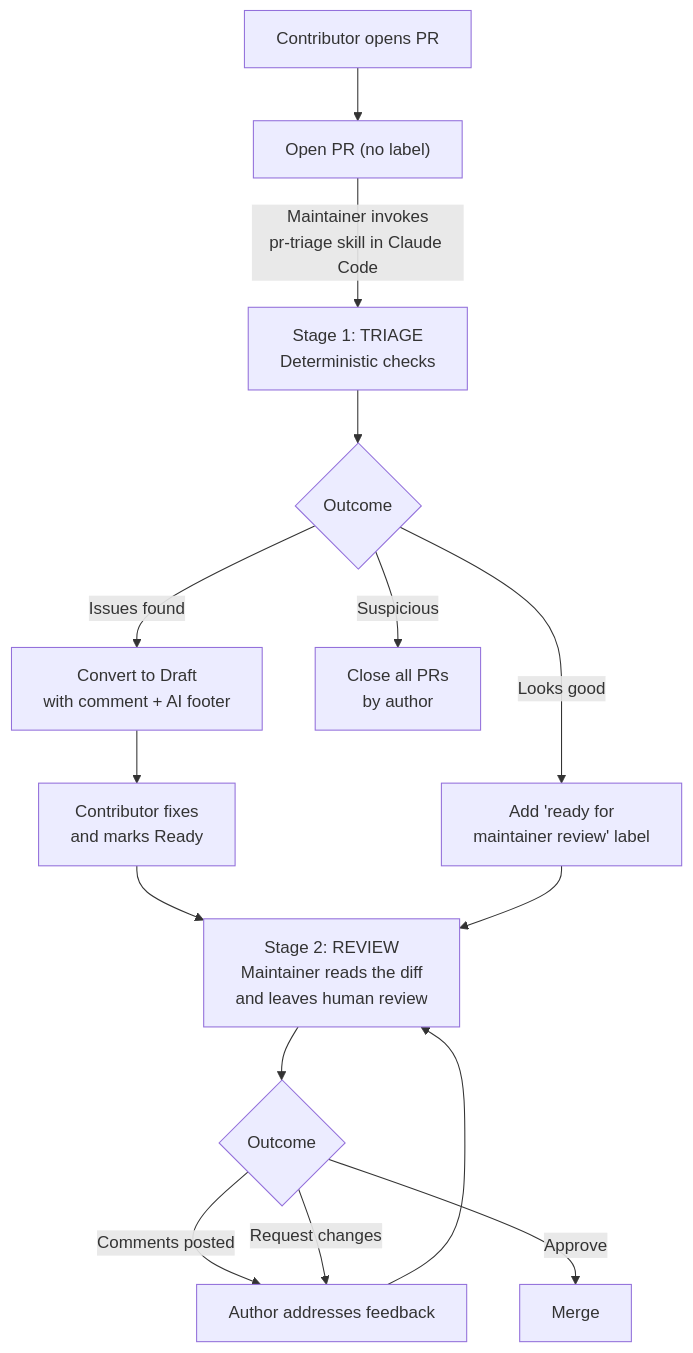
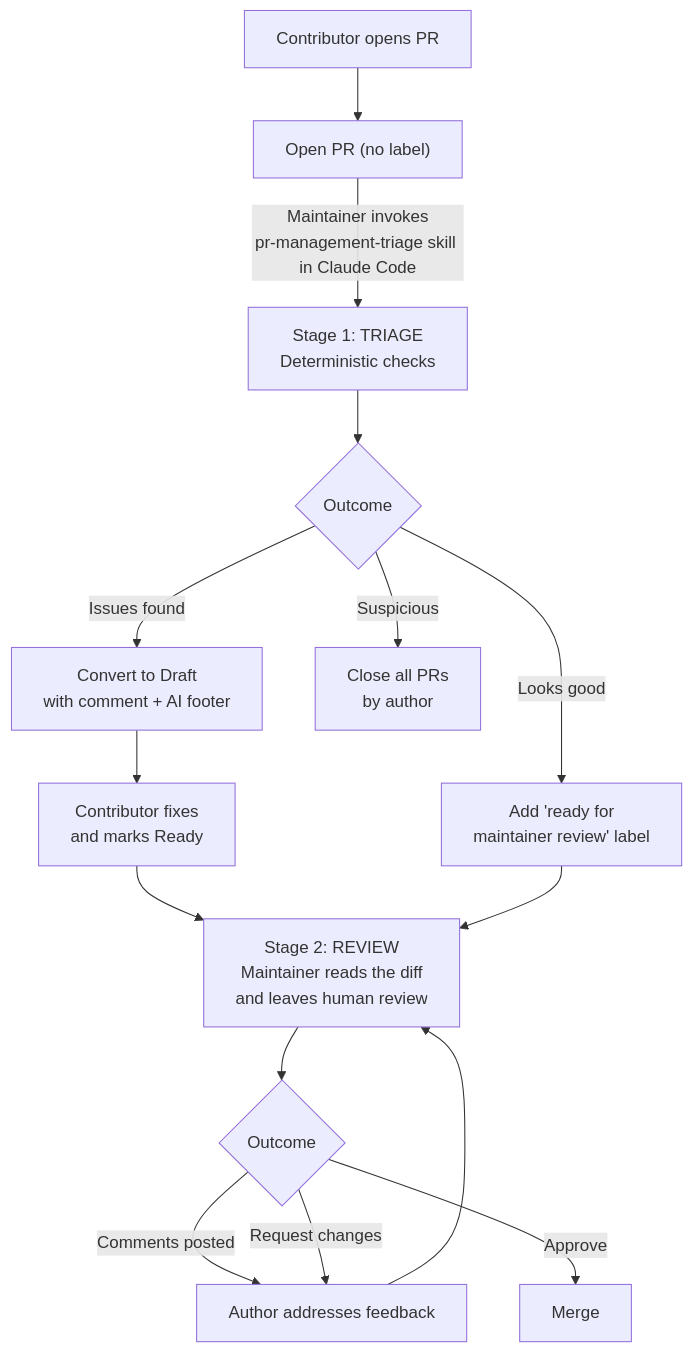
The diagram in contributing-docs/25_maintainer_pr_triage.md (GoogleCloudPlatform/composer-airflow), drawn with Mermaid before and after one commit. The commit also changed other lines of this file and 44 other files, not shown here.

````diff
--- a/contributing-docs/25_maintainer_pr_triage.md
+++ b/contributing-docs/25_maintainer_pr_triage.md
@@ -85,17 +85,17 @@
 ```mermaid
 flowchart TD
     A[Contributor opens PR] --> B["Open PR (no label)"]
-    B -->|"Maintainer invokes<br/>pr-triage skill in Claude Code"| C["Stage 1: TRIAGE<br/>Deterministic checks"]
+    B -->|"Maintainer invokes<br/>pr-management-triage skill in Claude Code"| C["Stage 1: TRIAGE<br/>Deterministic checks"]
     C --> D{Outcome}
     D -->|Issues found| E[Convert to Draft<br/>with comment + AI footer]
     D -->|Looks good| F["Add 'ready for<br/>maintainer review' label"]
     D -->|Suspicious| G[Close all PRs<br/>by author]
     E --> H[Contributor fixes<br/>and marks Ready]
     H --> I[Stage 2: REVIEW]
     F --> I
     I["Stage 2: REVIEW<br/>Maintainer reads the diff<br/>and leaves human review"] --> J{Outcome}
     J -->|Comments posted| K[Author addresses feedback]
     J -->|Approve| L[Merge]
     J -->|Request changes| K
     K --> I
 ```
````
